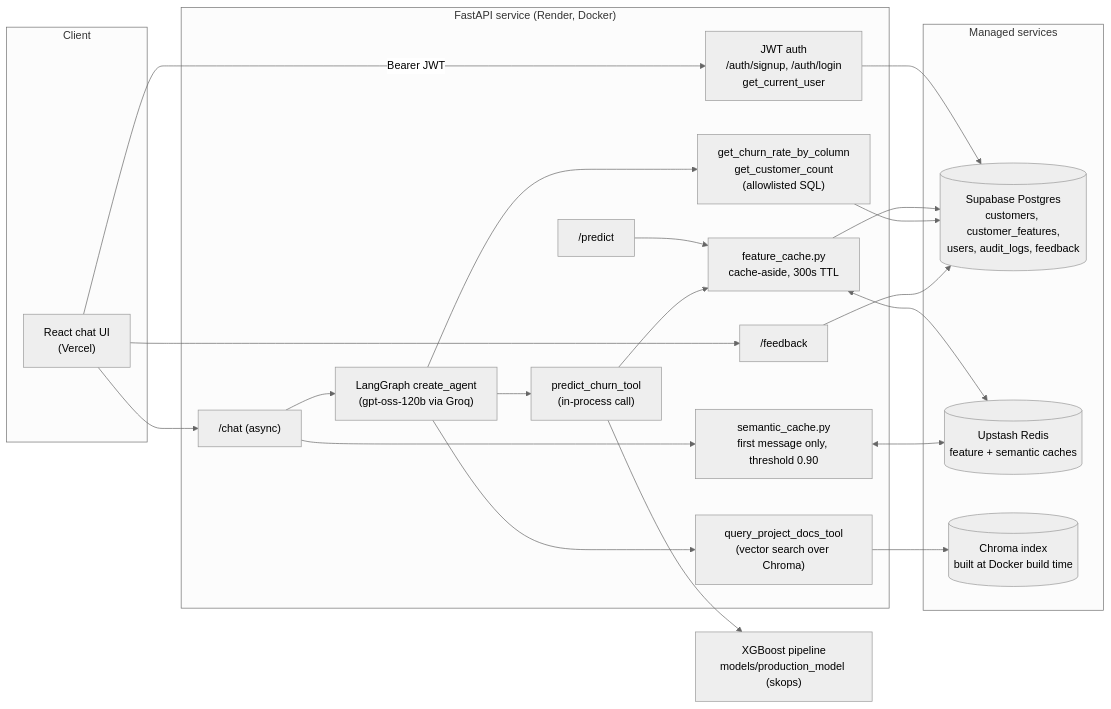
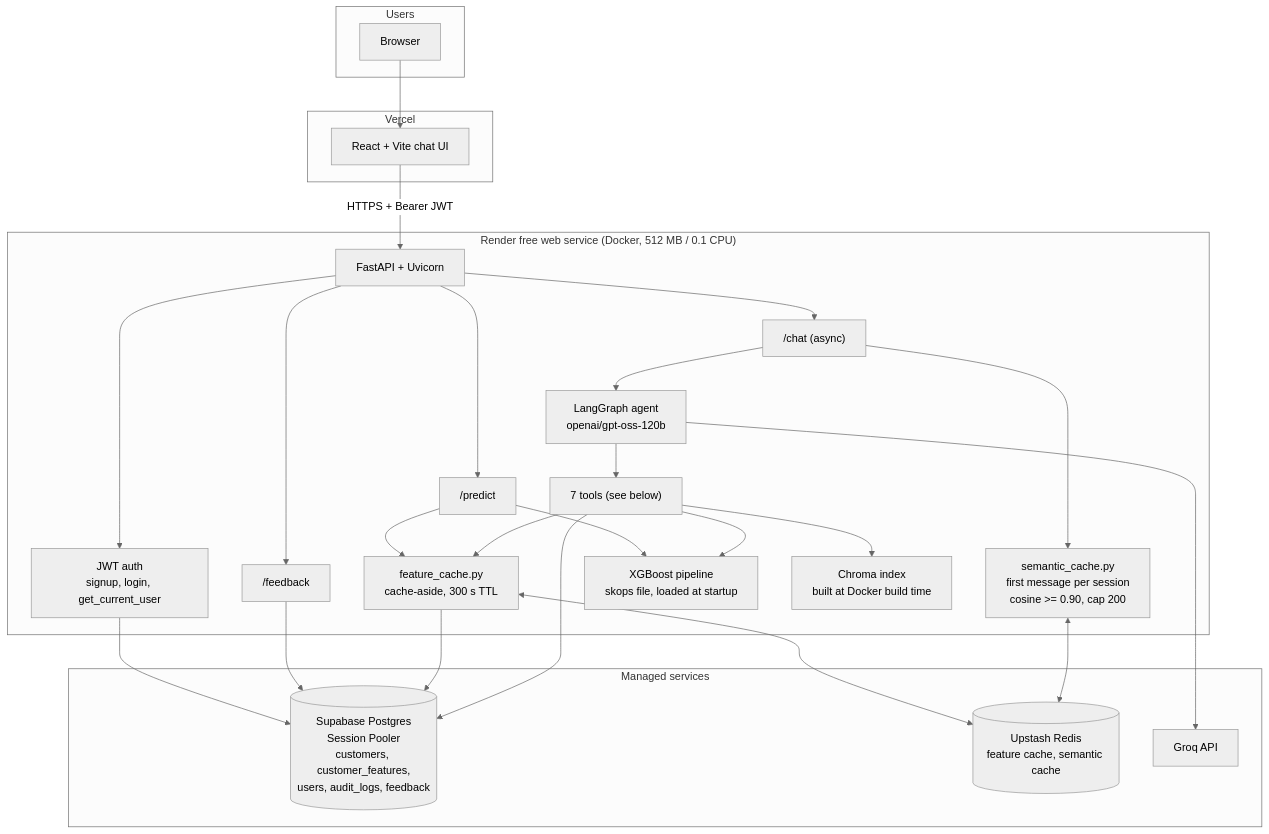
Before and after one commit to Harishchand83077/ml-insight-platform: the first of 2 diagrams in README.md, drawn with Mermaid (neutral theme). The commit also changed other lines of this file and 1 other file, not shown here.

Commit message:
Finalize README and architecture summary

````diff
--- a/README.md
+++ b/README.md
@@ -31,44 +36,52 @@
 ```mermaid
-flowchart LR
-    subgraph Client
-        UI["React chat UI<br/>(Vercel)"]
+flowchart TB
+    subgraph Users
+        BROWSER["Browser"]
     end
 
-    subgraph Backend["FastAPI service (Render, Docker)"]
-        AUTH["JWT auth<br/>/auth/signup, /auth/login<br/>get_current_user"]
-        PRED["/predict"]
-        CHAT["/chat (async)"]
-        FB["/feedback"]
-        FC["feature_cache.py<br/>cache-aside, 300s TTL"]
-        SC["semantic_cache.py<br/>first message only, threshold 0.90"]
-        AGENT["LangGraph create_agent<br/>(gpt-oss-120b via Groq)"]
-        T1["predict_churn_tool<br/>(in-process call)"]
-        T2["get_churn_rate_by_column<br/>get_customer_count<br/>(allowlisted SQL)"]
-        T3["query_project_docs_tool<br/>(vector search over Chroma)"]
+    subgraph Vercel
+        UI["React + Vite chat UI"]
     end
 
-    subgraph Data["Managed services"]
-        PG[("Supabase Postgres<br/>customers, customer_features,<br/>users, audit_logs, feedback")]
-        REDIS[("Upstash Redis<br/>feature + semantic caches")]
-        CHROMA[("Chroma index<br/>built at Docker build time")]
+    subgraph Render["Render free web service (Docker, 512 MB / 0.1 CPU)"]
+        API["FastAPI + Uvicorn"]
+        AUTH["JWT auth<br/>signup, login, get_current_user"]
+        CHAT["/chat (async)"]
+        PRED["/predict"]
+        FB["/feedback"]
+        SEM["semantic_cache.py<br/>first message per session<br/>cosine >= 0.90, cap 200"]
+        FC["feature_cache.py<br/>cache-aside, 300 s TTL"]
+        AGENT["LangGraph agent<br/>openai/gpt-oss-120b"]
+        TOOLS["7 tools (see below)"]
+        MODEL["XGBoost pipeline<br/>skops file, loaded at startup"]
+        RAG["Chroma index<br/>built at Docker build time"]
     end
 
-    UI -->|Bearer JWT| AUTH
-    UI --> CHAT
-    UI --> FB
-    AUTH --> PG
+    subgraph Managed["Managed services"]
+        SUPA[("Supabase Postgres<br/>Session Pooler<br/>customers, customer_features,<br/>users, audit_logs, feedback")]
+        UPSTASH[("Upstash Redis<br/>feature cache, semantic cache")]
+        GROQ["Groq API"]
+    end
+
+    BROWSER --> UI
+    UI -->|HTTPS + Bearer JWT| API
+    API --> AUTH
+    AUTH --> SUPA
+    API --> PRED
+    API --> FB
+    FB --> SUPA
     PRED --> FC
-    FC <--> REDIS
-    FC --> PG
-    CHAT --> SC
-    SC <--> REDIS
+    PRED --> MODEL
+    FC <--> UPSTASH
+    FC --> SUPA
+    API --> CHAT
+    CHAT --> SEM
+    SEM <--> UPSTASH
     CHAT --> AGENT
-    AGENT --> T1
-    AGENT --> T2
-    AGENT --> T3
-    T1 --> FC
-    T1 --> MODEL["XGBoost pipeline<br/>models/production_model (skops)"]
-    T2 --> PG
-    T3 --> CHROMA
-    FB --> PG
+    AGENT --> GROQ
+    AGENT --> TOOLS
+    TOOLS --> MODEL
+    TOOLS --> FC
+    TOOLS --> SUPA
+    TOOLS --> RAG
 ```
````
